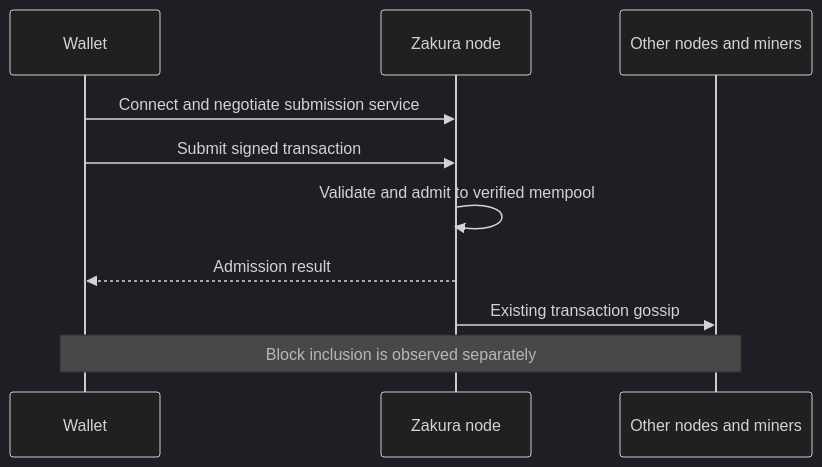
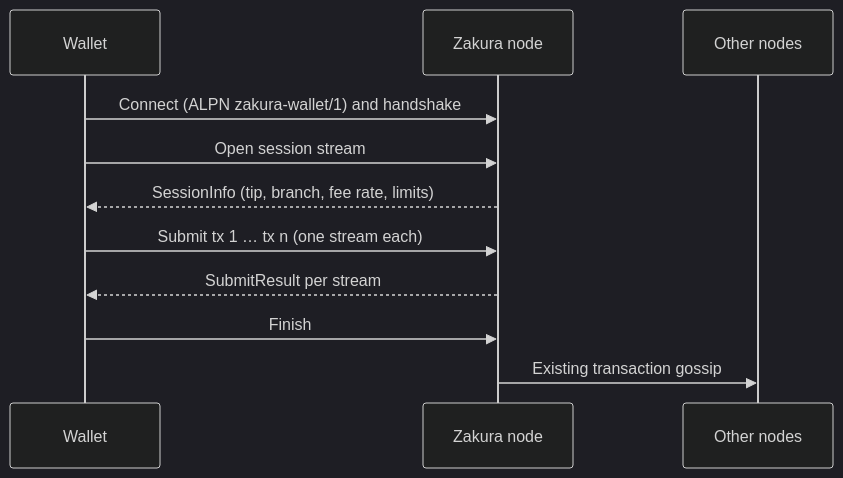
One commit to S1nus/zakura changed the diagram in docs/design/wallet-transaction-submission.md. Above: the diagram before and after it, drawn with Mermaid (dark theme). The commit also changed other lines of this file and 1 other file, not shown here.

First line of the commit message:
docs: specify wallet submission sessions under one capacity limit (#1287)

````diff
--- a/docs/design/wallet-transaction-submission.md
+++ b/docs/design/wallet-transaction-submission.md
@@ -76,12 +36,13 @@
 ```mermaid
 sequenceDiagram
     participant W as Wallet
     participant Z as Zakura node
-    participant N as Other nodes and miners
-    W->>Z: Connect and negotiate submission service
-    W->>Z: Submit signed transaction
-    Z->>Z: Validate and admit to verified mempool
-    Z-->>W: Admission result
+    participant N as Other nodes
+    W->>Z: Connect (ALPN zakura-wallet/1) and handshake
+    W->>Z: Open session stream
+    Z-->>W: SessionInfo (tip, branch, fee rate, limits)
+    W->>Z: Submit tx 1 … tx n (one stream each)
+    Z-->>W: SubmitResult per stream
+    W->>Z: Finish
     Z->>N: Existing transaction gossip
-    Note over W,N: Block inclusion is observed separately
 ```
````
